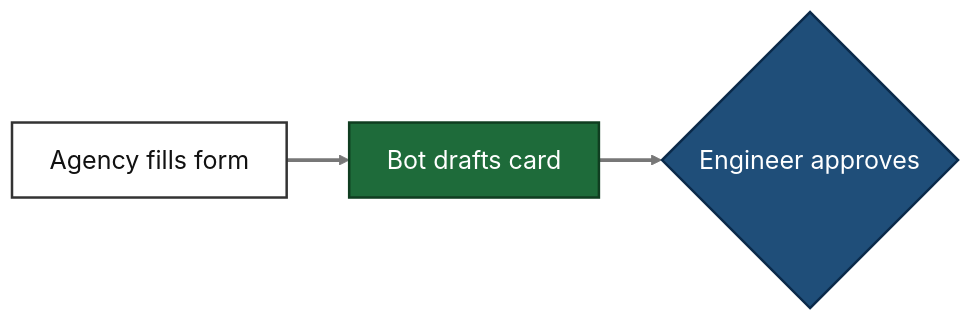
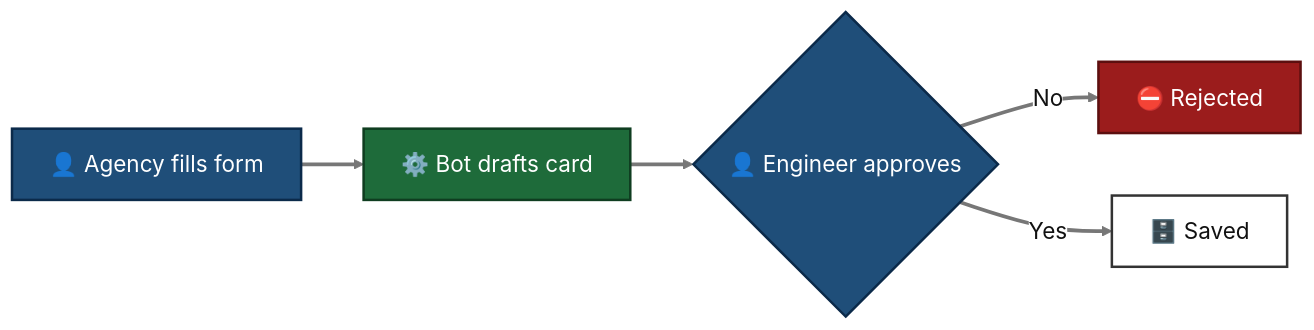
Before and after one commit to kent-leow/code-agent-sop: the diagram in .claude/skills/presentation-deck/SKILL.md, drawn with Mermaid. The commit also changed other lines of this file and 24 other files, not shown here.

````diff
--- a/.claude/skills/presentation-deck/SKILL.md
+++ b/.claude/skills/presentation-deck/SKILL.md
@@ -80,11 +198,13 @@
 ```mermaid
-%%{init: {'theme':'base','themeVariables':{'fontSize':'20px','lineColor':'#777777','edgeLabelBackground':'#ffffff','primaryTextColor':'#111111'}}}%%
+%%{init: {'theme':'base','themeVariables':{'fontSize':'18px','lineColor':'#777777','edgeLabelBackground':'#ffffff','primaryTextColor':'#111111'}}}%%
 flowchart LR
-  A[Agency fills form]:::neutral --> B[Bot drafts card]:::auto --> C{Engineer approves}:::human
+  A[👤 Agency fills form]:::human --> B[⚙️ Bot drafts card]:::auto --> C{👤 Engineer approves}:::human
+  C -->|No| D[⛔ Rejected]:::risk
+  C -->|Yes| E[🗄️ Saved]:::neutral
   classDef neutral fill:#ffffff,stroke:#333333,stroke-width:2px,color:#111111
   classDef auto fill:#1e6b3a,stroke:#0f3d20,stroke-width:2px,color:#ffffff
   classDef human fill:#1f4e79,stroke:#0b2a4a,stroke-width:2px,color:#ffffff
   classDef wait fill:#7a4f00,stroke:#4a3000,stroke-width:2px,color:#ffffff
   classDef risk fill:#9b1c1c,stroke:#5c0f0f,stroke-width:2px,color:#ffffff
   linkStyle default stroke:#777777,stroke-width:3px
 ```
````
